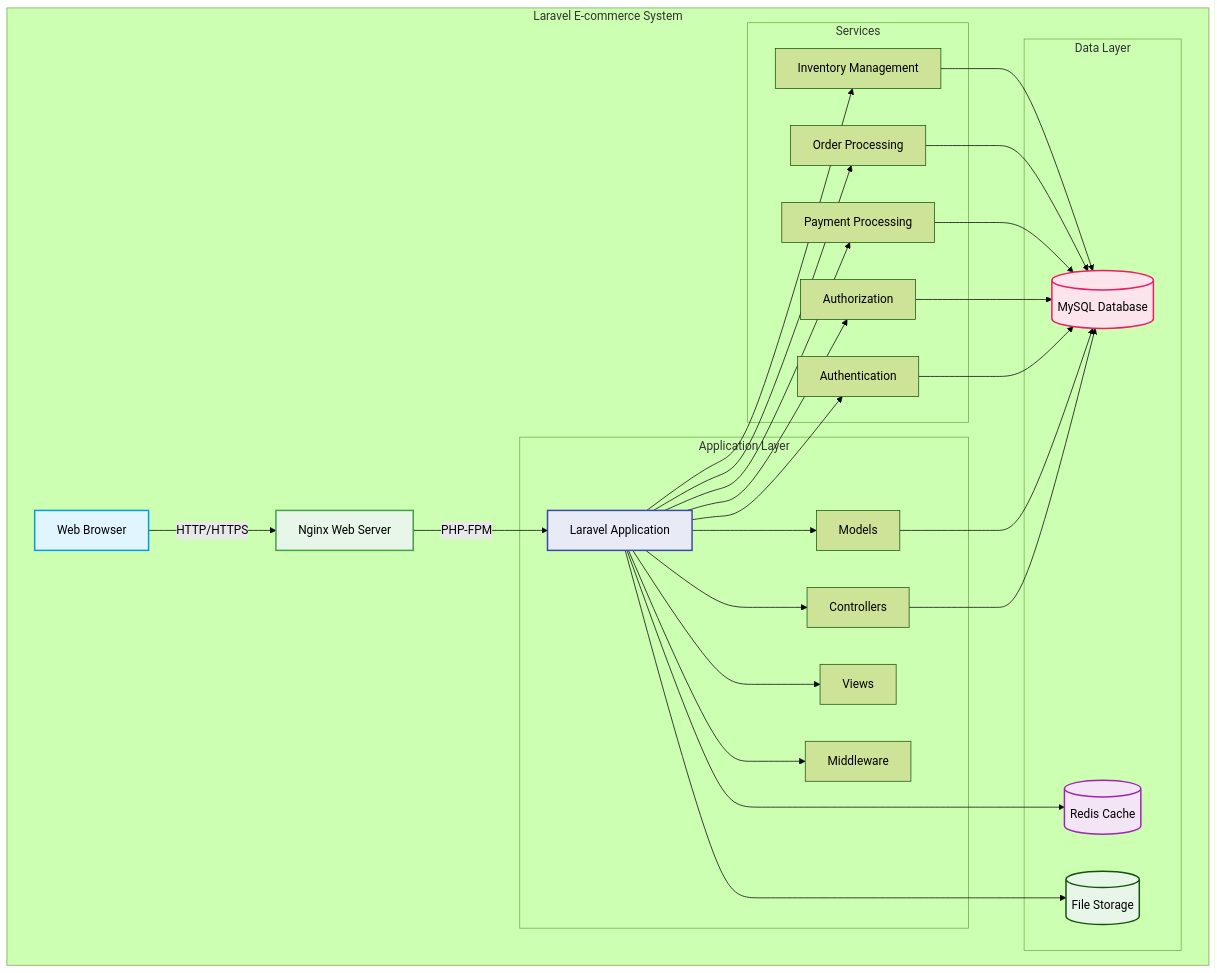
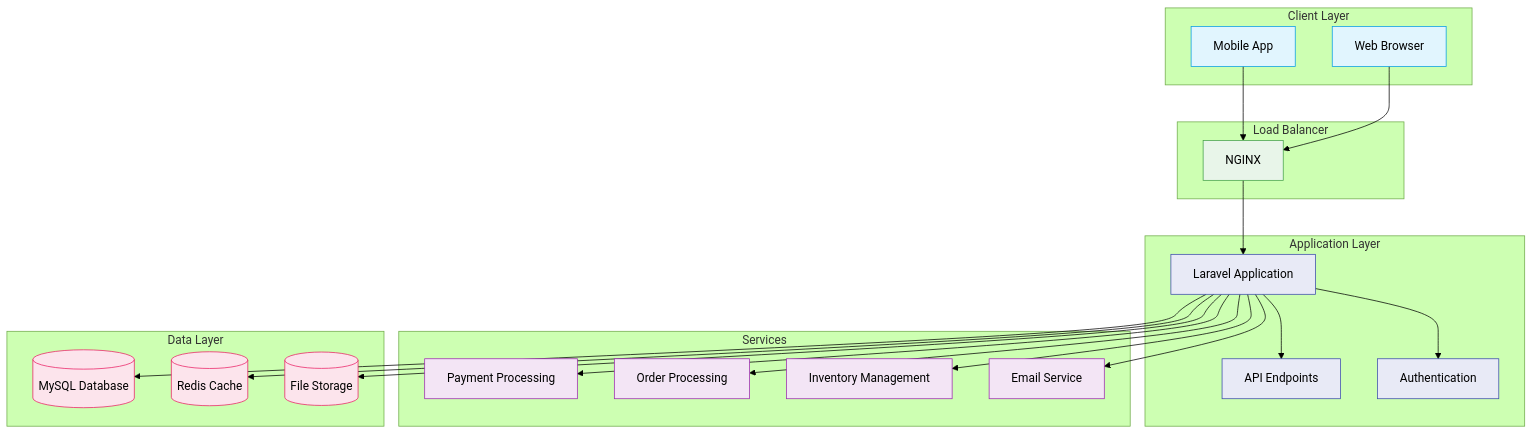
Before and after one commit to rane-ella/prefinal-laracom: the first of 4 diagrams in README.md, drawn with Mermaid (forest theme). The commit also changed other lines of this file and 15 other files, not shown here.

````diff
--- a/README.md
+++ b/README.md
@@ -8,46 +24,58 @@
 ```mermaid
 graph TD
-    subgraph "Laravel E-commerce System"
-        A[Web Browser] -->|HTTP/HTTPS| B[Nginx Web Server]
-        B -->|PHP-FPM| C[Laravel Application]
-        
-        subgraph "Application Layer"
-            C --> D[Controllers]
-            C --> E[Models]
-            C --> F[Views]
-            C --> G[Middleware]
-        end
-        
-        subgraph "Services"
-            C --> H[Authentication]
-            C --> I[Authorization]
-            C --> J[Payment Processing]
-            C --> K[Order Processing]
-            C --> L[Inventory Management]
-        end
-        
-        subgraph "Data Layer"
-            M[(MySQL Database)]
-            N[(Redis Cache)]
-            O[(File Storage)]
-        end
-        
-        D --> M
-        E --> M
-        H --> M
-        I --> M
-        J --> M
-        K --> M
-        L --> M
-        
-        C --> N
-        C --> O
+    subgraph "Client Layer"
+        A[Web Browser]
+        B[Mobile App]
     end
     
-    style A fill:#e1f5fe,stroke:#039be5,stroke-width:2px
-    style B fill:#e8f5e9,stroke:#43a047,stroke-width:2px
-    style C fill:#e8eaf6,stroke:#3949ab,stroke-width:2px
-    style M fill:#fce4ec,stroke:#e91e63,stroke-width:2px
-    style N fill:#f3e5f5,stroke:#9c27b0,stroke-width:2px
-    style O fill:#e8f5e9,stroke#4caf50,stroke-width:2px
+    subgraph "Load Balancer"
+        C[NGINX]
+    end
+    
+    subgraph "Application Layer"
+        D[Laravel Application]
+        E[API Endpoints]
+        F[Authentication]
+    end
+    
+    subgraph "Services"
+        G[Payment Processing]
+        H[Order Processing]
+        I[Inventory Management]
+        J[Email Service]
+    end
+    
+    subgraph "Data Layer"
+        K[(MySQL Database)]
+        L[(Redis Cache)]
+        M[(File Storage)]
+    end
+    
+    A --> C
+    B --> C
+    C --> D
+    D --> E
+    D --> F
+    D --> G
+    D --> H
+    D --> I
+    D --> J
+    
+    D --> K
+    D --> L
+    D --> M
+    
+    style A fill:#e1f5fe,stroke:#039be5
+    style B fill:#e1f5fe,stroke:#039be5
+    style C fill:#e8f5e9,stroke:#43a047
+    style D fill:#e8eaf6,stroke:#3949ab
+    style E fill:#e8eaf6,stroke:#3949ab
+    style F fill:#e8eaf6,stroke:#3949ab
+    style G fill:#f3e5f5,stroke:#9c27b0
+    style H fill:#f3e5f5,stroke:#9c27b0
+    style I fill:#f3e5f5,stroke:#9c27b0
+    style J fill:#f3e5f5,stroke:#9c27b0
+    style K fill:#fce4ec,stroke:#e91e63
+    style L fill:#fce4ec,stroke:#e91e63
+    style M fill:#fce4ec,stroke:#e91e63
 ```
````
